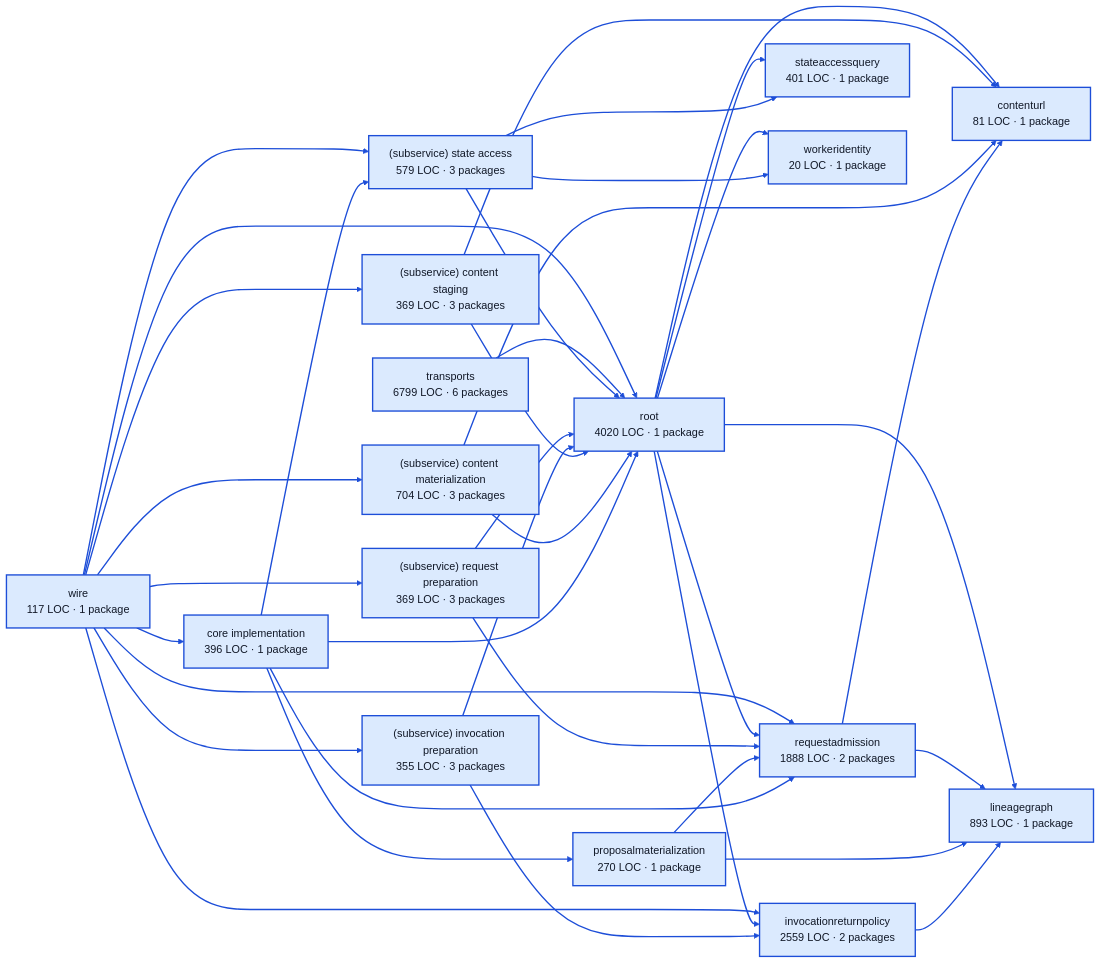
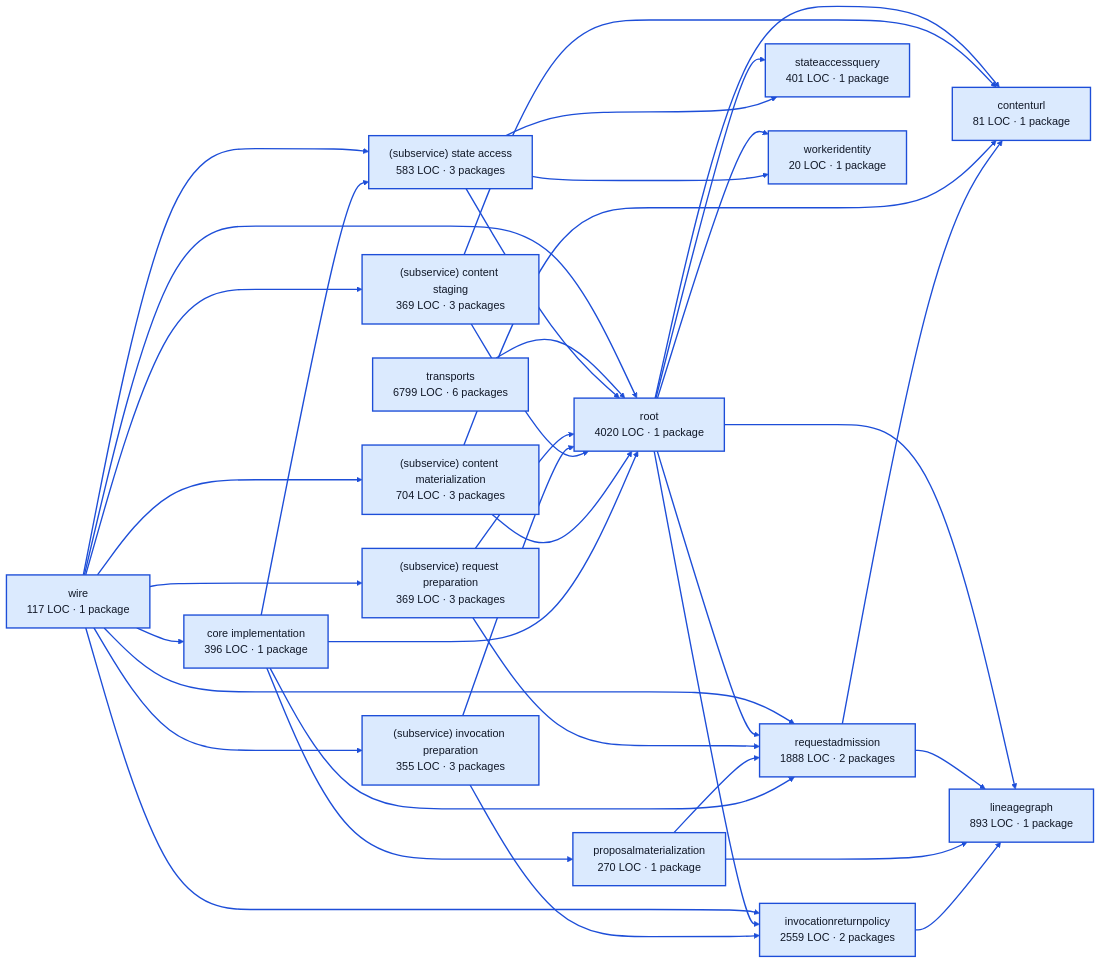
One commit to portpowered/you-agent-factory changed the diagram in docs/architecture/visualizations/services/work.md. Above: the diagram before and after it, drawn with Mermaid. The commit also changed other lines of this file and 20 other files, not shown here.

Commit message:
docs: refresh backend architecture visualizations

````diff
--- a/docs/architecture/visualizations/services/work.md
+++ b/docs/architecture/visualizations/services/work.md
@@ -11,72 +11,72 @@
 ```mermaid
 flowchart LR
   p0["core implementation<br/>396 LOC · 1 package"]
   p1["contenturl<br/>81 LOC · 1 package"]
   p2["invocationreturnpolicy<br/>2559 LOC · 2 packages"]
   p3["lineagegraph<br/>893 LOC · 1 package"]
   p4["proposalmaterialization<br/>270 LOC · 1 package"]
   p5["requestadmission<br/>1888 LOC · 2 packages"]
   p6["(subservice) content materialization<br/>704 LOC · 3 packages"]
   p7["(subservice) content staging<br/>369 LOC · 3 packages"]
   p8["(subservice) invocation preparation<br/>355 LOC · 3 packages"]
   p9["(subservice) request preparation<br/>369 LOC · 3 packages"]
-  p10["(subservice) state access<br/>579 LOC · 3 packages"]
+  p10["(subservice) state access<br/>583 LOC · 3 packages"]
   p11["stateaccessquery<br/>401 LOC · 1 package"]
   p12["workeridentity<br/>20 LOC · 1 package"]
   p13["root<br/>4020 LOC · 1 package"]
   p14["transports<br/>6799 LOC · 6 packages"]
   p15["wire<br/>117 LOC · 1 package"]
   p0 --> p4
   p0 --> p5
   p0 --> p10
   p0 --> p13
   p2 --> p3
   p4 --> p3
   p4 --> p5
   p5 --> p1
   p5 --> p3
   p6 --> p1
   p6 --> p13
   p7 --> p1
   p7 --> p13
   p8 --> p2
   p8 --> p13
   p9 --> p5
   p9 --> p13
   p10 --> p11
   p10 --> p12
   p10 --> p13
   p13 --> p1
   p13 --> p2
   p13 --> p3
   p13 --> p5
   p13 --> p11
   p13 --> p12
   p14 --> p13
   p15 --> p0
   p15 --> p2
   p15 --> p5
   p15 --> p6
   p15 --> p7
   p15 --> p8
   p15 --> p9
   p15 --> p10
   p15 --> p13
   style p0 fill:#dbeafe,stroke:#1d4ed8,stroke-width:2px,color:#111827
   style p1 fill:#dbeafe,stroke:#1d4ed8,stroke-width:2px,color:#111827
   style p2 fill:#dbeafe,stroke:#1d4ed8,stroke-width:2px,color:#111827
   style p3 fill:#dbeafe,stroke:#1d4ed8,stroke-width:2px,color:#111827
   style p4 fill:#dbeafe,stroke:#1d4ed8,stroke-width:2px,color:#111827
   style p5 fill:#dbeafe,stroke:#1d4ed8,stroke-width:2px,color:#111827
   style p6 fill:#dbeafe,stroke:#1d4ed8,stroke-width:2px,color:#111827
   style p7 fill:#dbeafe,stroke:#1d4ed8,stroke-width:2px,color:#111827
   style p8 fill:#dbeafe,stroke:#1d4ed8,stroke-width:2px,color:#111827
   style p9 fill:#dbeafe,stroke:#1d4ed8,stroke-width:2px,color:#111827
   style p10 fill:#dbeafe,stroke:#1d4ed8,stroke-width:2px,color:#111827
   style p11 fill:#dbeafe,stroke:#1d4ed8,stroke-width:2px,color:#111827
   style p12 fill:#dbeafe,stroke:#1d4ed8,stroke-width:2px,color:#111827
   style p13 fill:#dbeafe,stroke:#1d4ed8,stroke-width:2px,color:#111827
   style p14 fill:#dbeafe,stroke:#1d4ed8,stroke-width:2px,color:#111827
   style p15 fill:#dbeafe,stroke:#1d4ed8,stroke-width:2px,color:#111827
   linkStyle default stroke:#1d4ed8,stroke-width:2px
 ```
````
